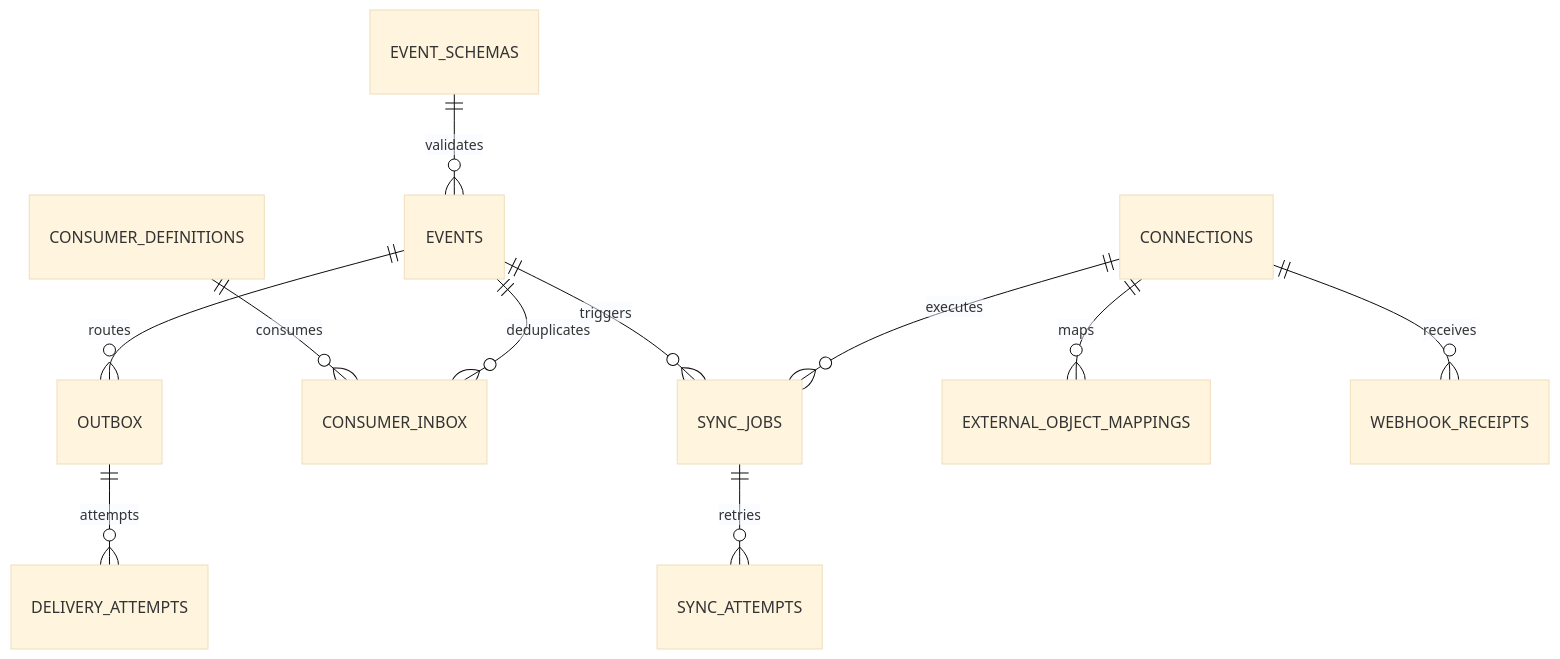
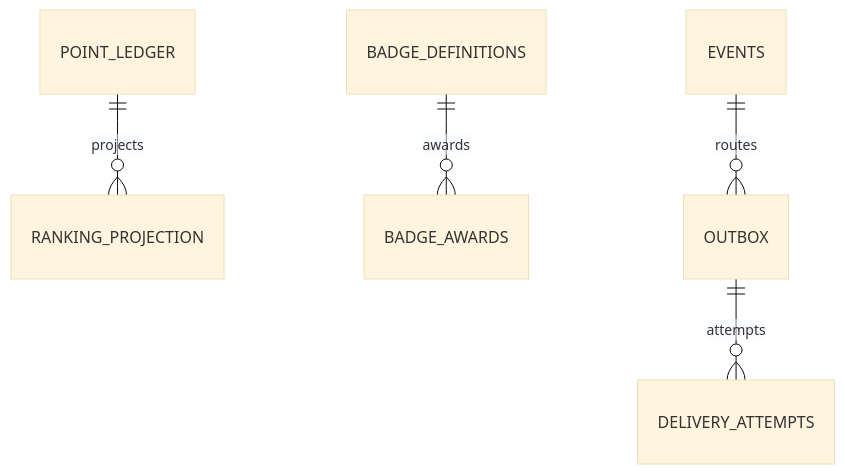
Before and after one commit to pablo-marchina/LMS-estimulo: the fourth of 4 diagrams in docs/data/database/DATABASE_ERD.md, drawn with Mermaid (base theme). The commit also changed other lines of this file and 13 other files, not shown here.

````diff
--- a/docs/data/database/DATABASE_ERD.md
+++ b/docs/data/database/DATABASE_ERD.md
@@ -72,13 +52,7 @@
 ```mermaid
 erDiagram
-  EVENT_SCHEMAS ||--o{ EVENTS : validates
+  POINT_LEDGER ||--o{ RANKING_PROJECTION : projects
+  BADGE_DEFINITIONS ||--o{ BADGE_AWARDS : awards
   EVENTS ||--o{ OUTBOX : routes
-  CONSUMER_DEFINITIONS ||--o{ CONSUMER_INBOX : consumes
-  EVENTS ||--o{ CONSUMER_INBOX : deduplicates
   OUTBOX ||--o{ DELIVERY_ATTEMPTS : attempts
-  EVENTS ||--o{ SYNC_JOBS : triggers
-  CONNECTIONS ||--o{ SYNC_JOBS : executes
-  SYNC_JOBS ||--o{ SYNC_ATTEMPTS : retries
-  CONNECTIONS ||--o{ EXTERNAL_OBJECT_MAPPINGS : maps
-  CONNECTIONS ||--o{ WEBHOOK_RECEIPTS : receives
 ```
````
